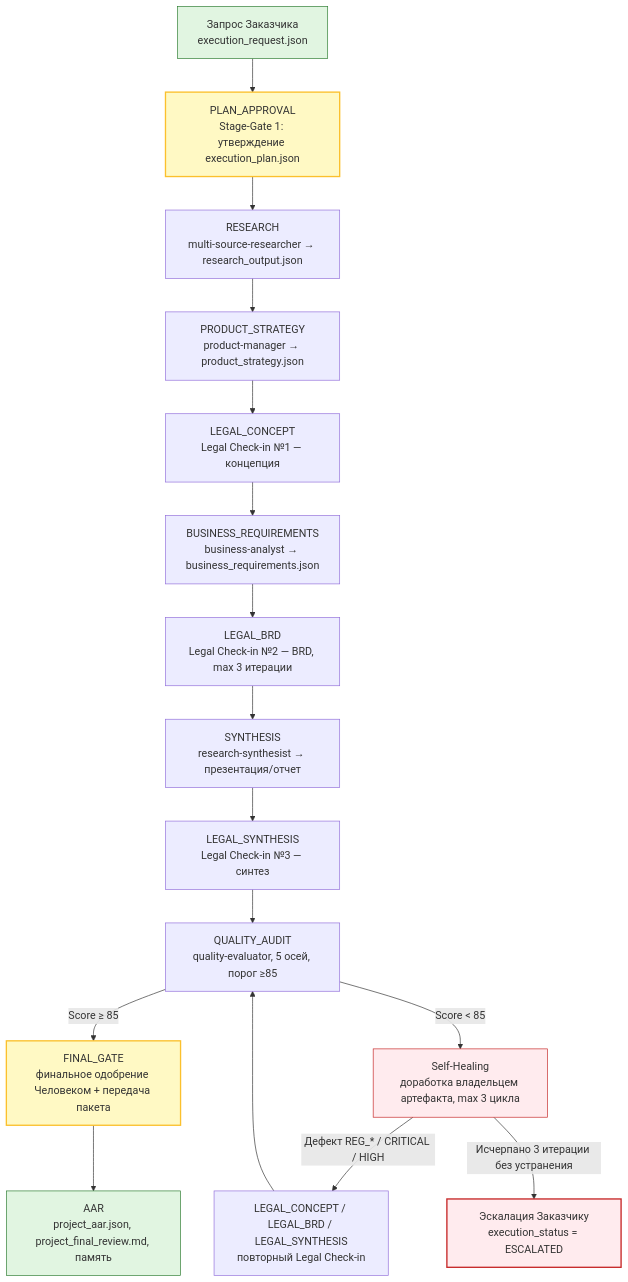
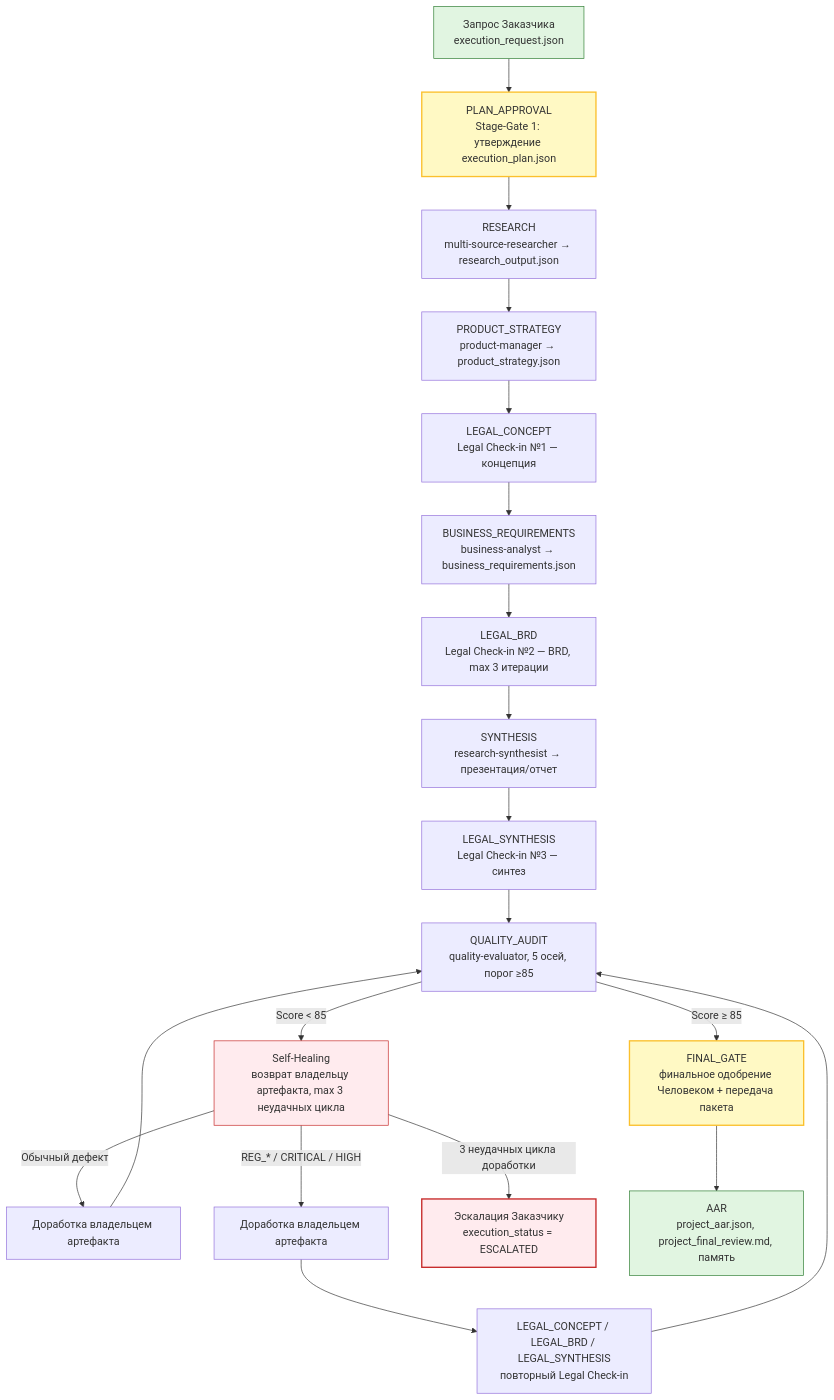
The diagram in docs/diagrams/dag-workflow.mmd (DenisZakharov2/hermes-protocol-team), drawn with Mermaid before and after one commit. The commit also changed 2 other files, not shown here.

Commit message:
docs: fix DAG and self-healing diagrams (M6)

```diff
--- a/docs/diagrams/dag-workflow.mmd
+++ b/docs/diagrams/dag-workflow.mmd
@@ -1,34 +1,38 @@
 %% DAG workflow — сценарий исполнения проекта Hermes Protocol
 
 flowchart TB
     A[Запрос Заказчика<br/>execution_request.json] --> B[PLAN_APPROVAL<br/>Stage-Gate 1: утверждение execution_plan.json]
 
     B --> C[RESEARCH<br/>multi-source-researcher → research_output.json]
     C --> D[PRODUCT_STRATEGY<br/>product-manager → product_strategy.json]
     D --> E[LEGAL_CONCEPT<br/>Legal Check-in №1 — концепция]
 
     E --> F[BUSINESS_REQUIREMENTS<br/>business-analyst → business_requirements.json]
     F --> G[LEGAL_BRD<br/>Legal Check-in №2 — BRD, max 3 итерации]
 
     G --> H[SYNTHESIS<br/>research-synthesist → презентация/отчет]
     H --> H2[LEGAL_SYNTHESIS<br/>Legal Check-in №3 — синтез]
 
     H2 --> I[QUALITY_AUDIT<br/>quality-evaluator, 5 осей, порог ≥85]
 
     I -->|Score ≥ 85| J[FINAL_GATE<br/>финальное одобрение Человеком + передача пакета]
 
-    I -->|Score < 85| K[Self-Healing<br/>доработка владельцем артефакта, max 3 цикла]
+    I -->|Score < 85| K[Self-Healing<br/>возврат владельцу артефакта, max 3 неудачных цикла]
 
-    K -->|Дефект REG_* / CRITICAL / HIGH| L[LEGAL_CONCEPT / LEGAL_BRD / LEGAL_SYNTHESIS<br/>повторный Legal Check-in]
+    K -->|Обычный дефект| R[Доработка владельцем артефакта]
+    R --> I
+
+    K -->|REG_* / CRITICAL / HIGH| R2[Доработка владельцем артефакта]
+    R2 --> L[LEGAL_CONCEPT / LEGAL_BRD / LEGAL_SYNTHESIS<br/>повторный Legal Check-in]
     L --> I
 
-    K -->|Исчерпано 3 итерации без устранения| M[Эскалация Заказчику<br/>execution_status = ESCALATED]
+    K -->|3 неудачных цикла доработки| M[Эскалация Заказчику<br/>execution_status = ESCALATED]
 
     J --> N[AAR<br/>project_aar.json, project_final_review.md, память]
 
     style A fill:#e1f5e1,stroke:#2e7d32
     style B fill:#fff9c4,stroke:#fbc02d,stroke-width:2px
     style J fill:#fff9c4,stroke:#fbc02d,stroke-width:2px
     style N fill:#e1f5e1,stroke:#2e7d32
     style M fill:#ffebee,stroke:#c62828,stroke-width:2px
     style K fill:#ffebee,stroke:#c62828
```
